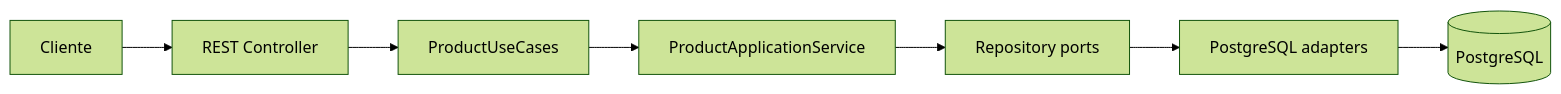
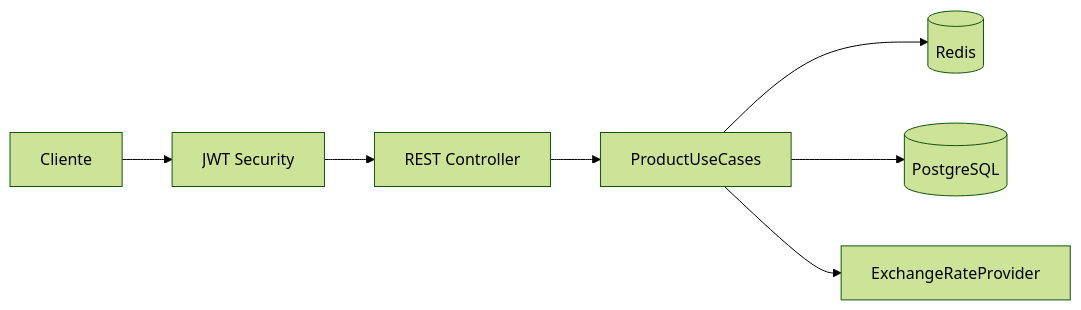
One commit to apiscog/products-mango changed the diagram in README.md. Above: the diagram before and after it, drawn with Mermaid (forest theme). The commit also changed other lines of this file and 1 other file, not shown here.

````diff
--- a/README.md
+++ b/README.md
@@ -45,9 +49,9 @@
 ```mermaid
 flowchart LR
-    Client[Cliente] --> Web[REST Controller]
+    Client[Cliente] --> Security[JWT Security]
+    Security --> Web[REST Controller]
     Web --> Port[ProductUseCases]
-    Port --> Service[ProductApplicationService]
-    Service --> Repositories[Repository ports]
-    Repositories --> Adapters[PostgreSQL adapters]
-    Adapters --> Database[(PostgreSQL)]
+    Port --> Cache[(Redis)]
+    Port --> Database[(PostgreSQL)]
+    Port --> Exchange[ExchangeRateProvider]
 ```
````
